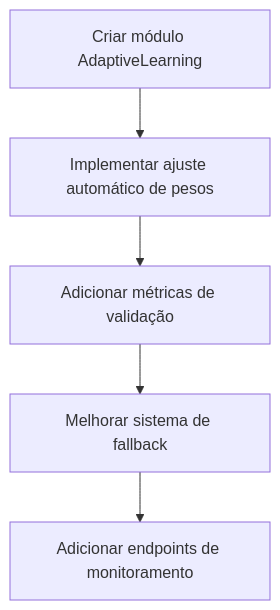
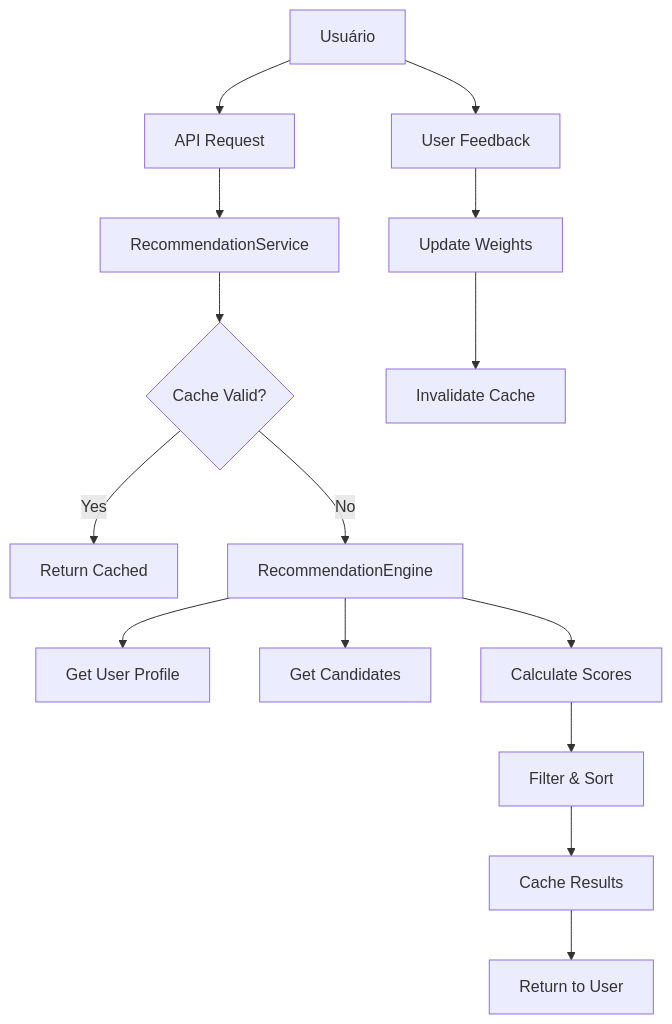
Before and after one commit to Penhall/MatchIt: the second of 2 diagrams in docs/sistema_recomendacao_20250622.md, drawn with Mermaid. The commit also changed other lines of this file and 95 other files, not shown here.

````diff
--- a/docs/sistema_recomendacao_20250622.md
+++ b/docs/sistema_recomendacao_20250622.md
@@ -164,7 +166,17 @@
 ```mermaid
 graph TD
-    A[Criar módulo AdaptiveLearning] --> B[Implementar ajuste automático de pesos]
-    B --> C[Adicionar métricas de validação]
-    C --> D[Melhorar sistema de fallback]
-    D --> E[Adicionar endpoints de monitoramento]
+    A[Usuário] --> B[API Request]
+    B --> C[RecommendationService]
+    C --> D{Cache Valid?}
+    D -->|Yes| E[Return Cached]
+    D -->|No| F[RecommendationEngine]
+    F --> G[Get User Profile]
+    F --> H[Get Candidates]
+    F --> I[Calculate Scores]
+    I --> J[Filter & Sort]
+    J --> K[Cache Results]
+    K --> L[Return to User]
+    A --> M[User Feedback]
+    M --> N[Update Weights]
+    N --> O[Invalidate Cache]
 ```
````
